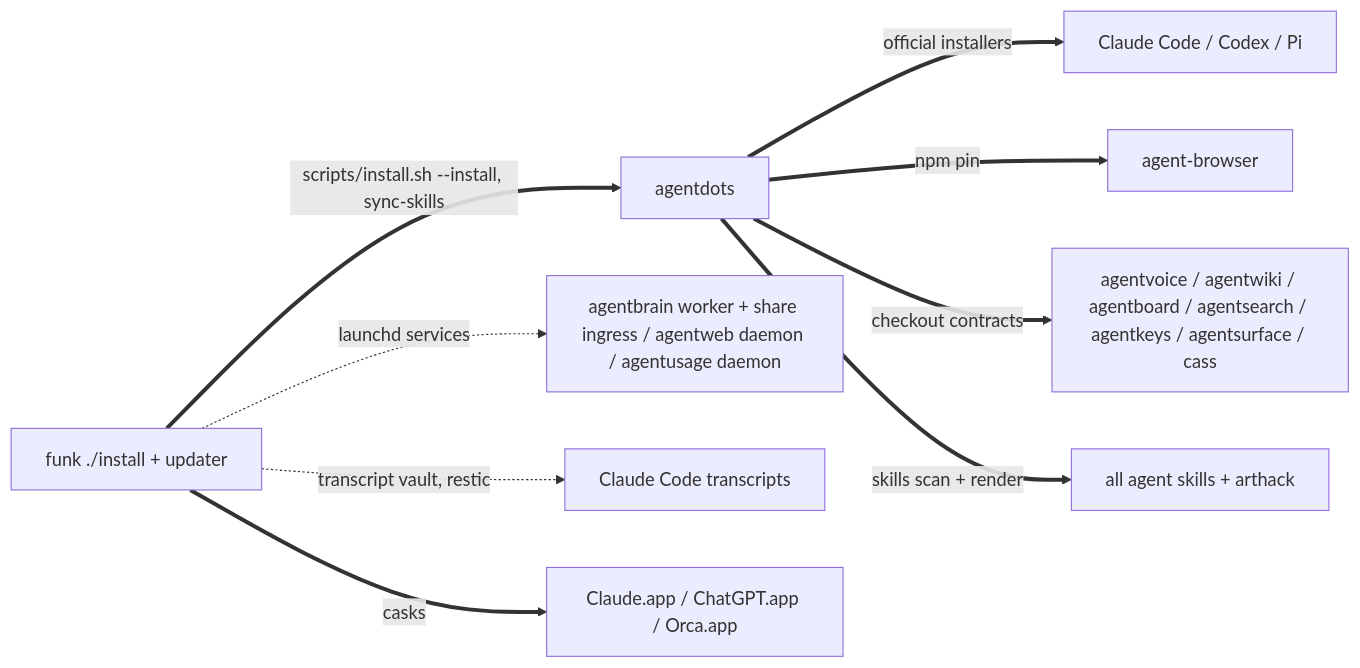
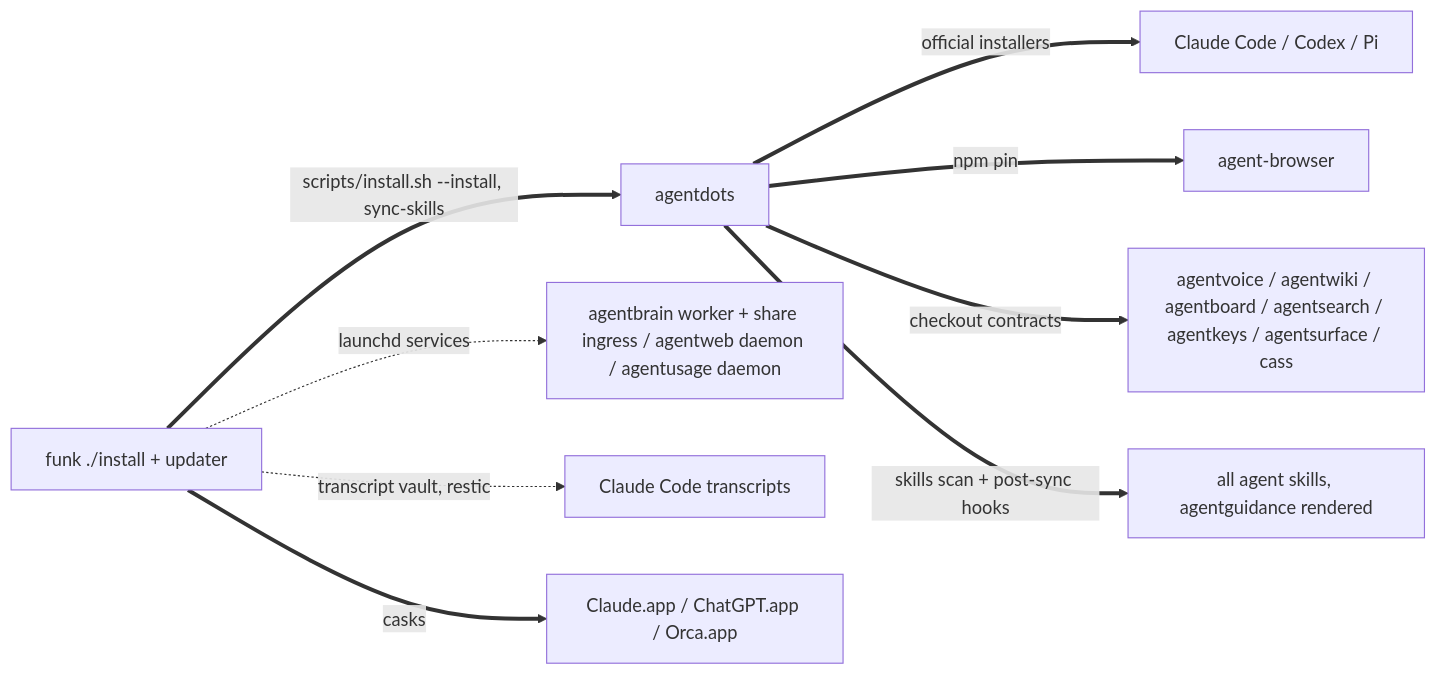
Before and after one commit to possibilities/agentdots: the second of 3 diagrams in skills/fleet/MAP.md, drawn with Mermaid. The commit also changed other lines of this file and 10 other files, not shown here.

First line of the commit message:
arthack becomes agentguidance, a scan participant with a post-sync hook

````diff
--- a/skills/fleet/MAP.md
+++ b/skills/fleet/MAP.md
@@ -62,14 +62,14 @@
 ```mermaid
 flowchart LR
     funk[funk ./install + updater]
     dots[agentdots]
 
     funk ==>|scripts/install.sh --install, sync-skills| dots
     dots ==>|official installers| harnesses[Claude Code / Codex / Pi]
     dots ==>|npm pin| browser[agent-browser]
     dots ==>|checkout contracts| fleet[agentvoice / agentwiki / agentboard / agentsearch / agentkeys / agentsurface / cass]
-    dots ==>|skills scan + render| skills[all agent skills + arthack]
+    dots ==>|skills scan + post-sync hooks| skills[all agent skills, agentguidance rendered]
     funk -.->|launchd services| services[agentbrain worker + share ingress / agentweb daemon / agentusage daemon]
     funk -.->|transcript vault, restic| claudeData[Claude Code transcripts]
     funk ==>|casks| apps[Claude.app / ChatGPT.app / Orca.app]
 ```
````
